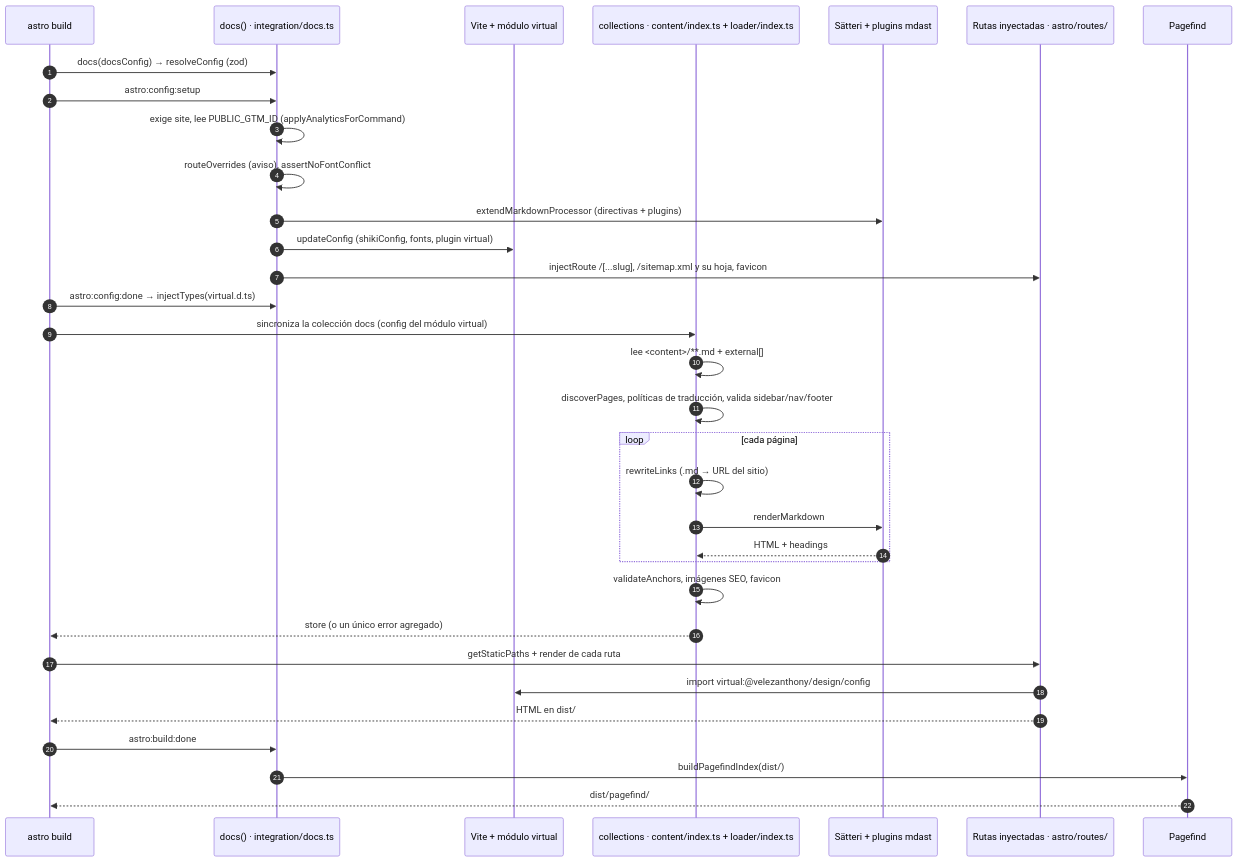
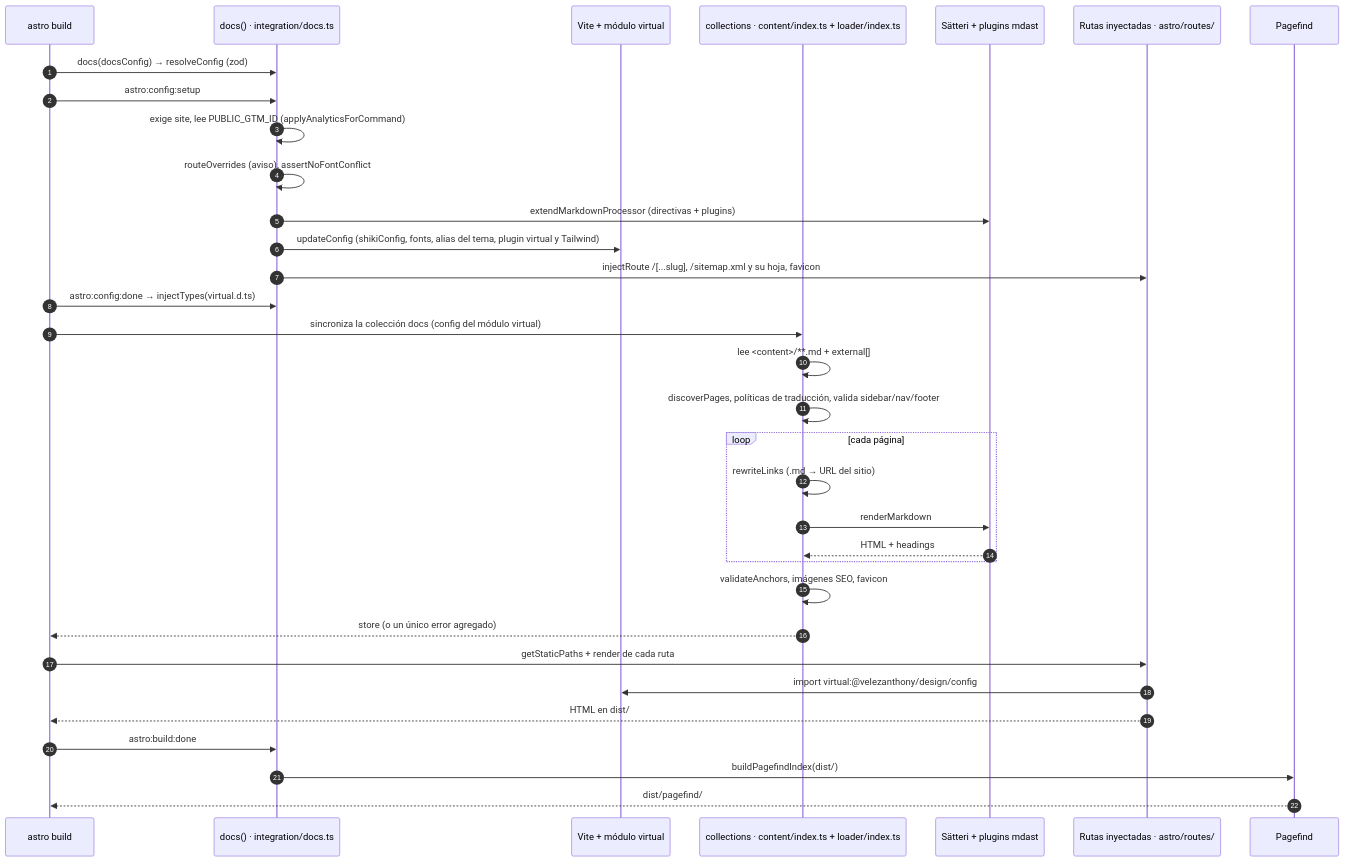
One commit to velezanthony/design changed the first of 2 diagrams in docs/src/content/docs/integracion/por-dentro.md. Above: the diagram before and after it, drawn with Mermaid. The commit also changed other lines of this file and 6 other files, not shown here.

Commit message:
docs(integration): fix Tailwind dependency note and duplicate site bullet; use BaseLayout with pageHead, Fonts and designStrings; cover the new hooks

````diff
--- a/docs/src/content/docs/integracion/por-dentro.md
+++ b/docs/src/content/docs/integracion/por-dentro.md
@@ -32,36 +32,36 @@
 ```mermaid
 sequenceDiagram
   autonumber
   participant CLI as astro build
   participant Int as docs() · integration/docs.ts
   participant Vite as Vite + módulo virtual
   participant Ldr as collections · content/index.ts + loader/index.ts
   participant MD as Sätteri + plugins mdast
   participant Rt as Rutas inyectadas · astro/routes/
   participant PF as Pagefind
 
   CLI->>Int: docs(docsConfig) → resolveConfig (zod)
   CLI->>Int: astro:config:setup
   Int->>Int: exige site, lee PUBLIC_GTM_ID (applyAnalyticsForCommand)
   Int->>Int: routeOverrides (aviso), assertNoFontConflict
   Int->>MD: extendMarkdownProcessor (directivas + plugins)
-  Int->>Vite: updateConfig (shikiConfig, fonts, plugin virtual)
+  Int->>Vite: updateConfig (shikiConfig, fonts, alias del tema, plugin virtual y Tailwind)
   Int->>Rt: injectRoute /[...slug], /sitemap.xml y su hoja, favicon
   CLI->>Int: astro:config:done → injectTypes(virtual.d.ts)
   CLI->>Ldr: sincroniza la colección docs (config del módulo virtual)
   Ldr->>Ldr: lee <content>/**.md + external[]
   Ldr->>Ldr: discoverPages, políticas de traducción, valida sidebar/nav/footer
   loop cada página
     Ldr->>Ldr: rewriteLinks (.md → URL del sitio)
     Ldr->>MD: renderMarkdown
     MD-->>Ldr: HTML + headings
   end
   Ldr->>Ldr: validateAnchors, imágenes SEO, favicon
   Ldr-->>CLI: store (o un único error agregado)
   CLI->>Rt: getStaticPaths + render de cada ruta
   Rt->>Vite: import virtual:@velezanthony/design/config
   Rt-->>CLI: HTML en dist/
   CLI->>Int: astro:build:done
   Int->>PF: buildPagefindIndex(dist/)
   PF-->>CLI: dist/pagefind/
 ```
````
